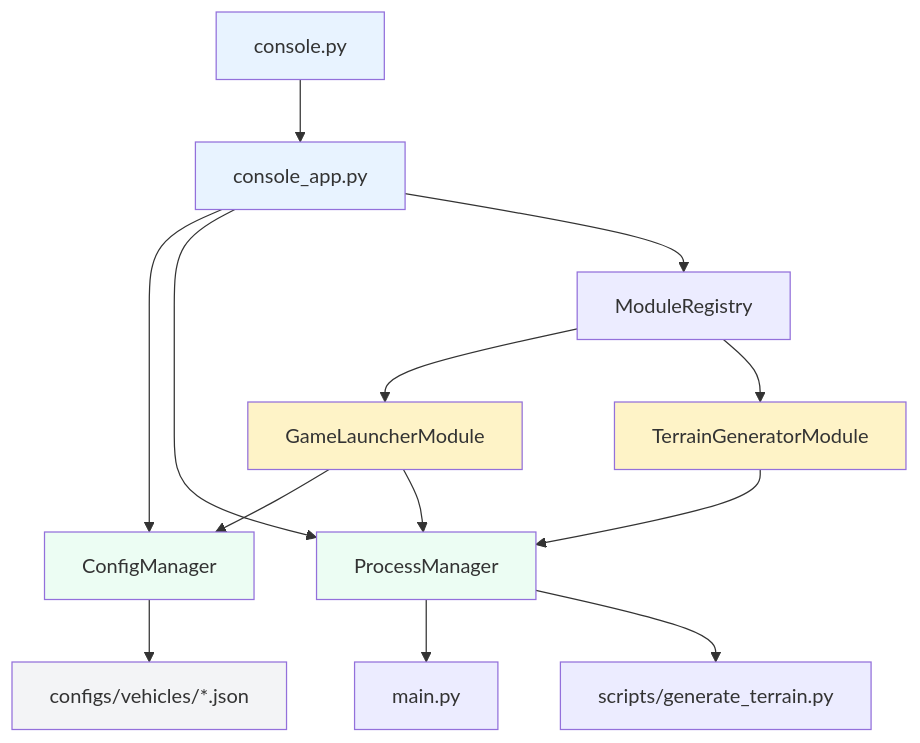
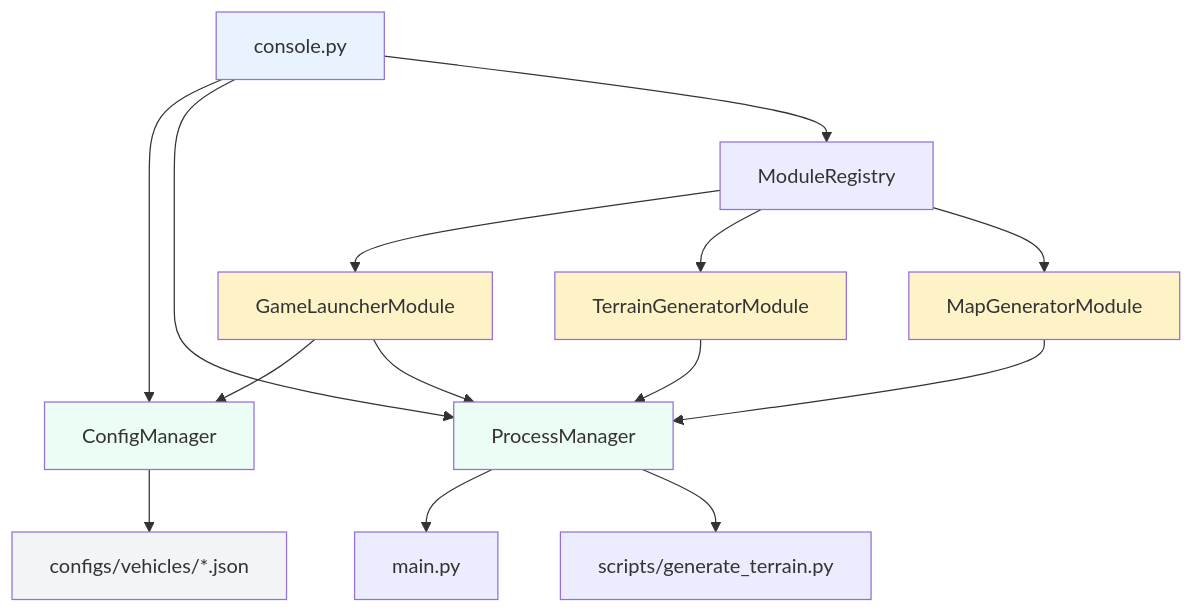
The diagram in docs/console/PROJECT_STRUCTURE.md (zjfls/vehiclegame), drawn with Mermaid before and after one commit. The commit also changed other lines of this file and 12 other files, not shown here.

Commit message:
Console: map configs + launcher map selection

````diff
--- a/docs/console/PROJECT_STRUCTURE.md
+++ b/docs/console/PROJECT_STRUCTURE.md
@@ -170,26 +169,27 @@
 ```mermaid
 graph TD
-    A[console.py] --> B[console_app.py]
-    B --> C[ConfigManager]
-    B --> D[ProcessManager]
-    B --> E[ModuleRegistry]
+    A[console.py] --> C[ConfigManager]
+    A --> D[ProcessManager]
+    A --> E[ModuleRegistry]
     
     E --> F[GameLauncherModule]
     E --> G[TerrainGeneratorModule]
+    E --> K[MapGeneratorModule]
     
     F --> C
     F --> D
     G --> D
+    K --> D
     
     C --> H[configs/vehicles/*.json]
     D --> I[main.py]
     D --> J[scripts/generate_terrain.py]
     
     style A fill:#e8f3ff
-    style B fill:#e8f3ff
     style C fill:#ecfdf3
     style D fill:#ecfdf3
     style F fill:#fef3c7
     style G fill:#fef3c7
+    style K fill:#fef3c7
     style H fill:#f3f4f6
 ```
````
